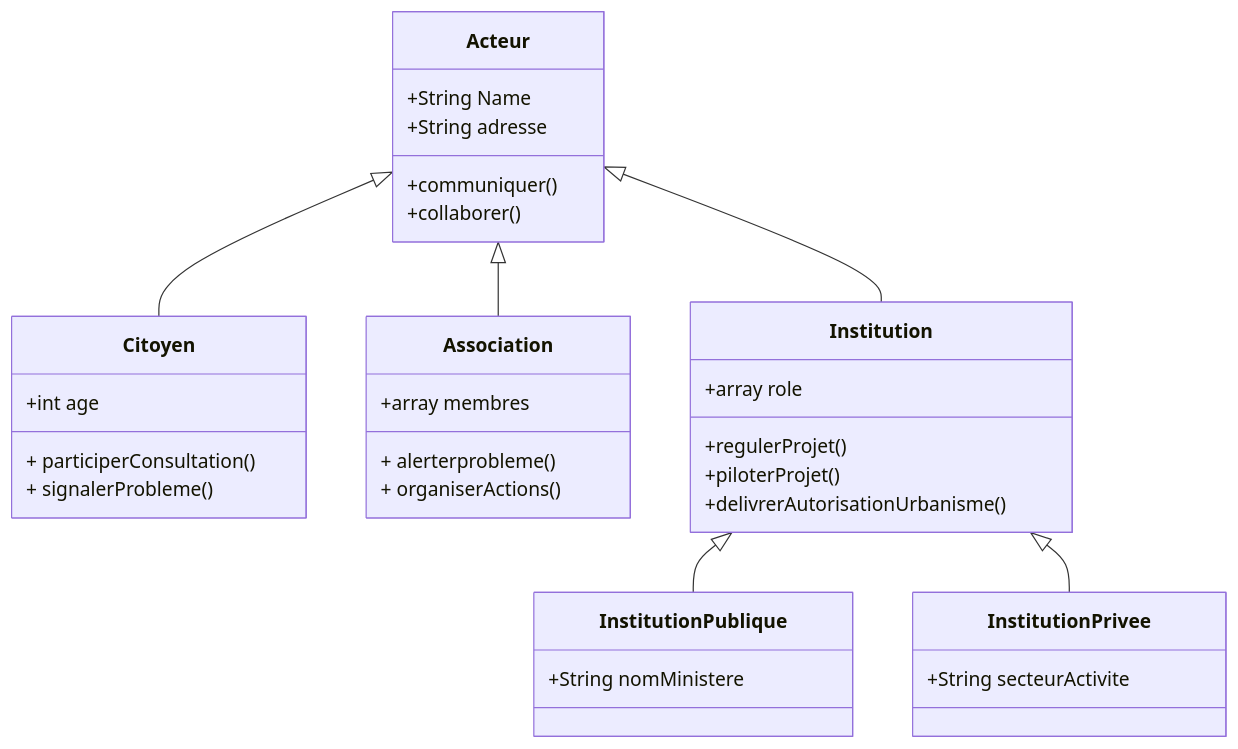
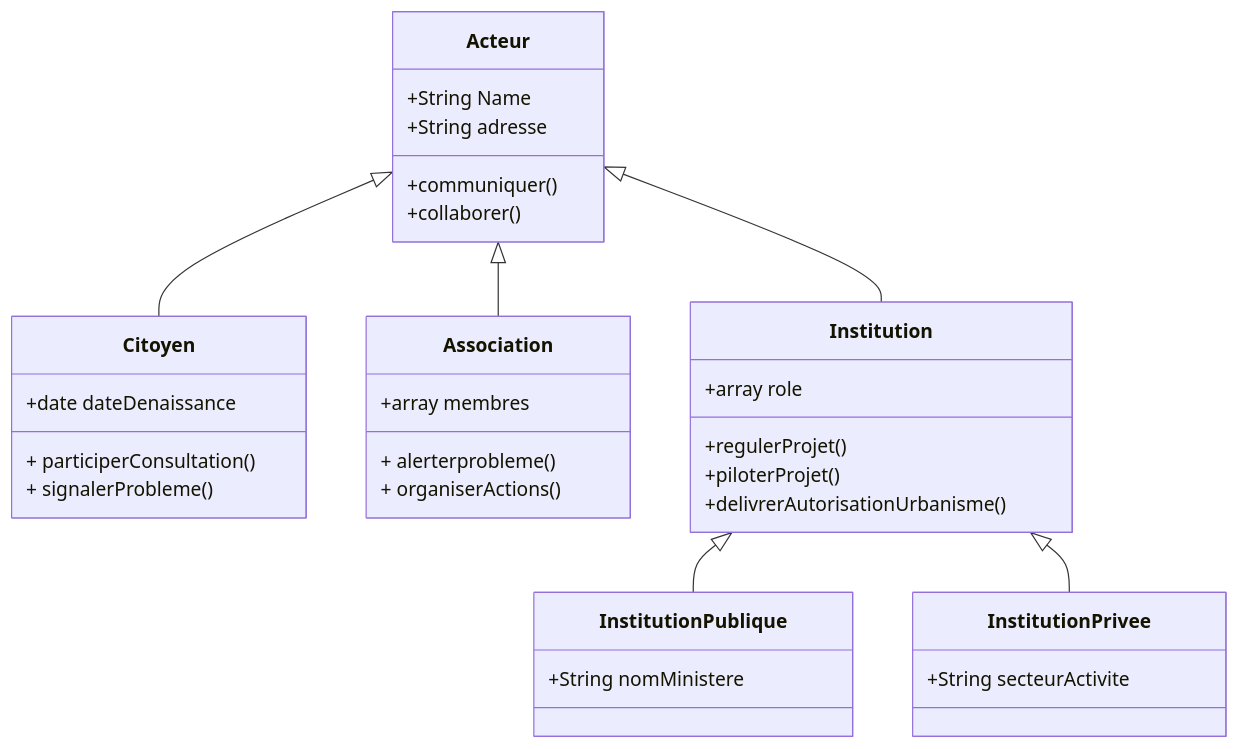
The diagram in ecoStatDoudousml.md (kahiarchi/plaine---saint--Denis---batiment-), drawn with Mermaid before and after one commit.

````diff
--- a/ecoStatDoudousml.md
+++ b/ecoStatDoudousml.md
@@ -84,36 +84,36 @@
 ```mermaid
 classDiagram
     Acteur <|-- Citoyen
     Acteur <|-- Association
     Acteur <|-- Institution
     Institution <|-- InstitutionPublique
     Institution <|-- InstitutionPrivee
     Acteur : +String Name
     Acteur : +String adresse
     Acteur: +communiquer()
     Acteur: +collaborer()
     class Citoyen{
-      +int age
+      +date dateDenaissance
       + participerConsultation()
       + signalerProbleme()
     }
 class Institution {
         +array role
         +regulerProjet()
         +piloterProjet()
         +delivrerAutorisationUrbanisme()
     }
     class Association{
 
     +array membres 
     + alerterprobleme()
     + organiserActions()
     }
      class InstitutionPublique {
       +String nomMinistere
     }
 
     class InstitutionPrivee {
       +String secteurActivite 
     }
 ```
````
